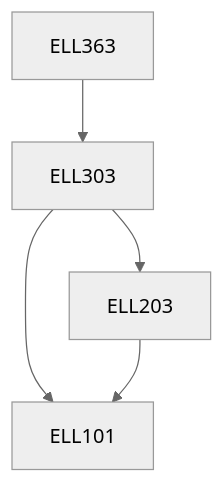
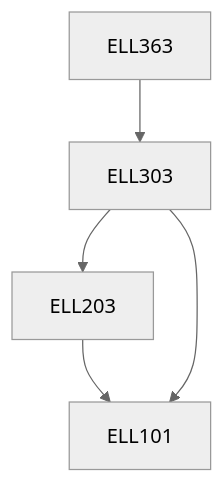
Before and after one commit to KeshavBansal0122/CoS_Website: the diagram in content/Electrical Engineering/ELL363.md, drawn with Mermaid (neutral theme). The commit also changed other lines of this file and 2667 other files, not shown here.

````diff
--- a/content/Electrical Engineering/ELL363.md
+++ b/content/Electrical Engineering/ELL363.md
@@ -17,7 +15,11 @@
 ```mermaid
-graph TD
-ELL363 --> ELL303
-ELL303 --> ELL101
-ELL303 --> ELL203
-ELL203 --> ELL101
+flowchart TD
+ELL363-325[ELL363]
+ELL303-325 --> ELL203-325[ELL203]
+ELL203-325 --> ELL101-325[ELL101]
+ELL303-325 --> ELL101-325[ELL101]
+ELL363-325 --> ELL303-325[ELL303]
+
+classDef empty height:17px, fill:transparent, stroke:transparent;
+classDef trueEmpty height:0px, width:0px;
 ```
````
